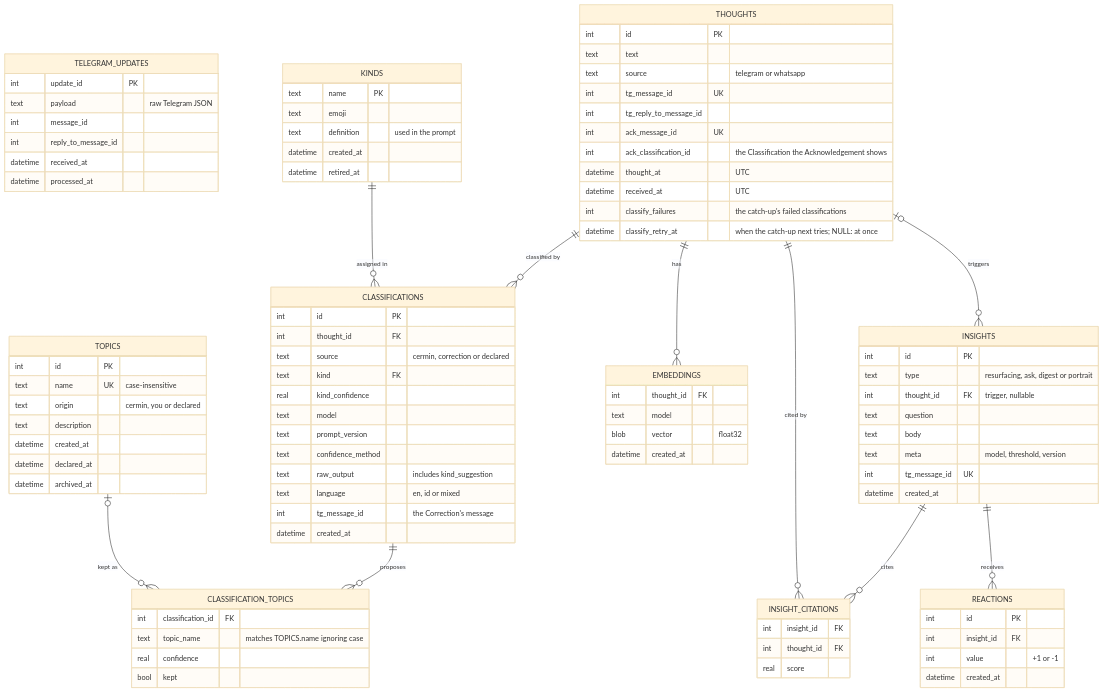
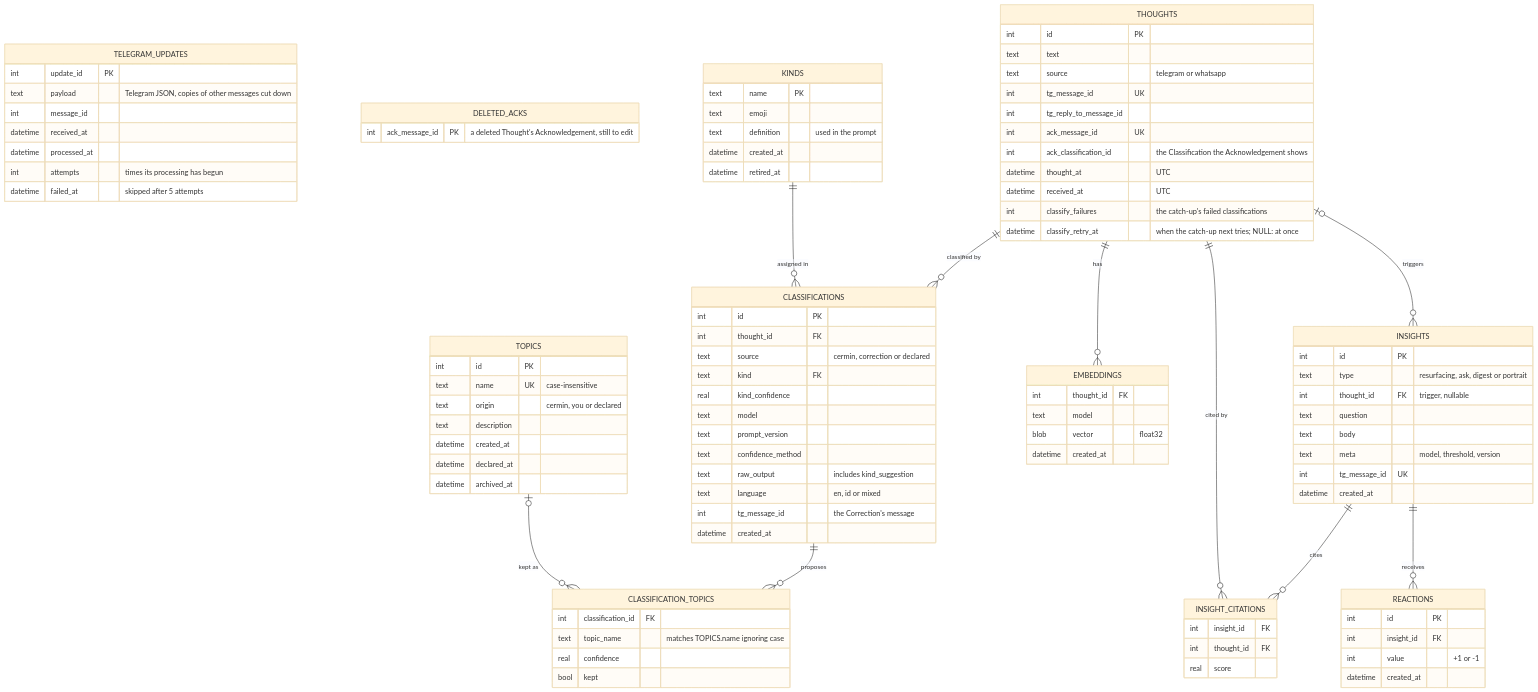
One commit to Arkoes07/cermin changed the third of 4 diagrams in docs/design/high-level-design.md. Above: the diagram before and after it, drawn with Mermaid (base theme). The commit also changed other lines of this file and 20 other files, not shown here.

```diff
--- a/docs/design/high-level-design.md
+++ b/docs/design/high-level-design.md
@@ -182,11 +182,15 @@
 erDiagram
     TELEGRAM_UPDATES {
         int update_id PK
-        text payload "raw Telegram JSON"
+        text payload "Telegram JSON, copies of other messages cut down"
         int message_id
-        int reply_to_message_id
         datetime received_at
         datetime processed_at
+        int attempts "times its processing has begun"
+        datetime failed_at "skipped after 5 attempts"
+    }
+    DELETED_ACKS {
+        int ack_message_id PK "a deleted Thought's Acknowledgement, still to edit"
     }
     THOUGHTS {
         int id PK
```
